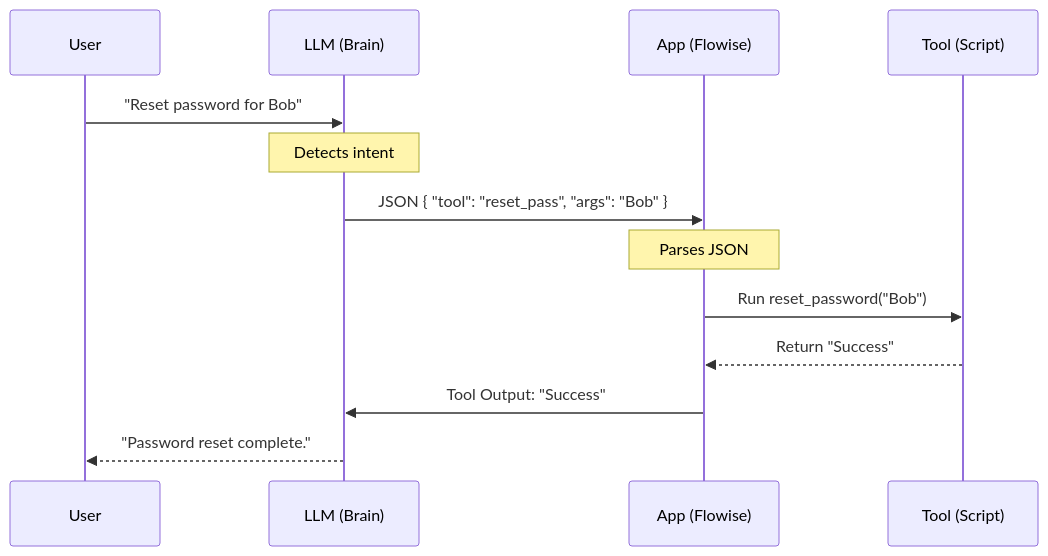
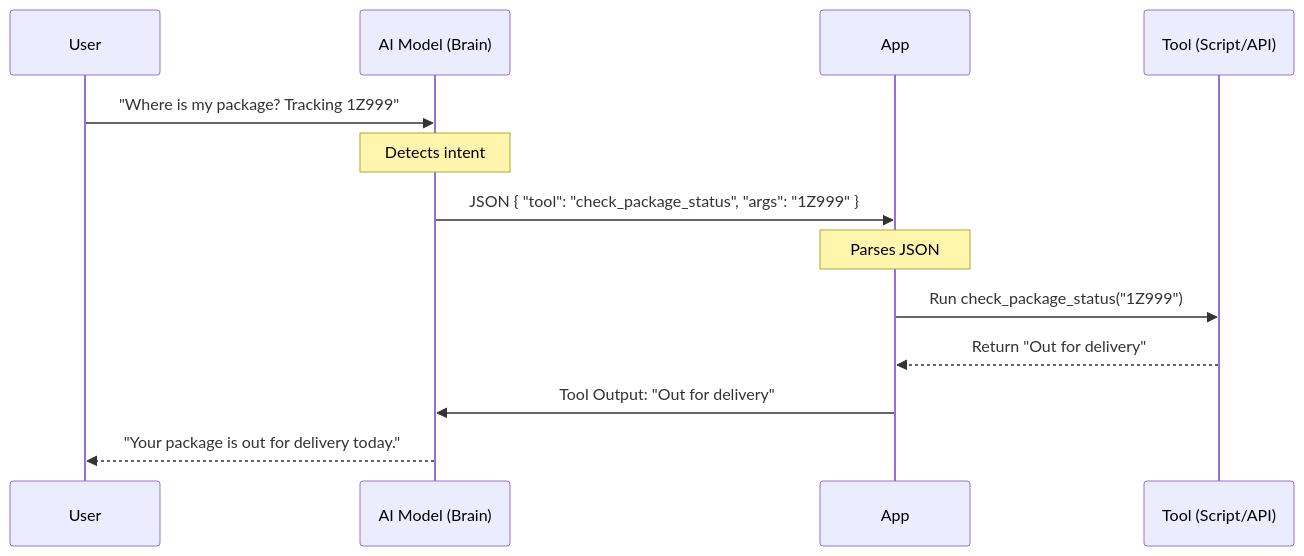
Before and after one commit to jpechetty-debug/AIbasics: the diagram in curriculum/week7/day1_function_calling.md, drawn with Mermaid. The commit also changed other lines of this file and 75 other files, not shown here.

````diff
--- a/curriculum/week7/day1_function_calling.md
+++ b/curriculum/week7/day1_function_calling.md
@@ -59,16 +59,16 @@
 ```mermaid
 sequenceDiagram
     participant U as User
-    participant L as LLM (Brain)
-    participant A as App (Flowise)
-    participant T as Tool (Script)
+    participant L as AI Model (Brain)
+    participant A as App
+    participant T as Tool (Script/API)
 
-    U->>L: "Reset password for Bob"
+    U->>L: "Where is my package? Tracking 1Z999"
     Note over L: Detects intent
-    L->>A: JSON { "tool": "reset_pass", "args": "Bob" }
+    L->>A: JSON { "tool": "check_package_status", "args": "1Z999" }
     Note over A: Parses JSON
-    A->>T: Run reset_password("Bob")
-    T-->>A: Return "Success"
-    A->>L: Tool Output: "Success"
-    L-->>U: "Password reset complete."
+    A->>T: Run check_package_status("1Z999")
+    T-->>A: Return "Out for delivery"
+    A->>L: Tool Output: "Out for delivery"
+    L-->>U: "Your package is out for delivery today."
 ```
````
